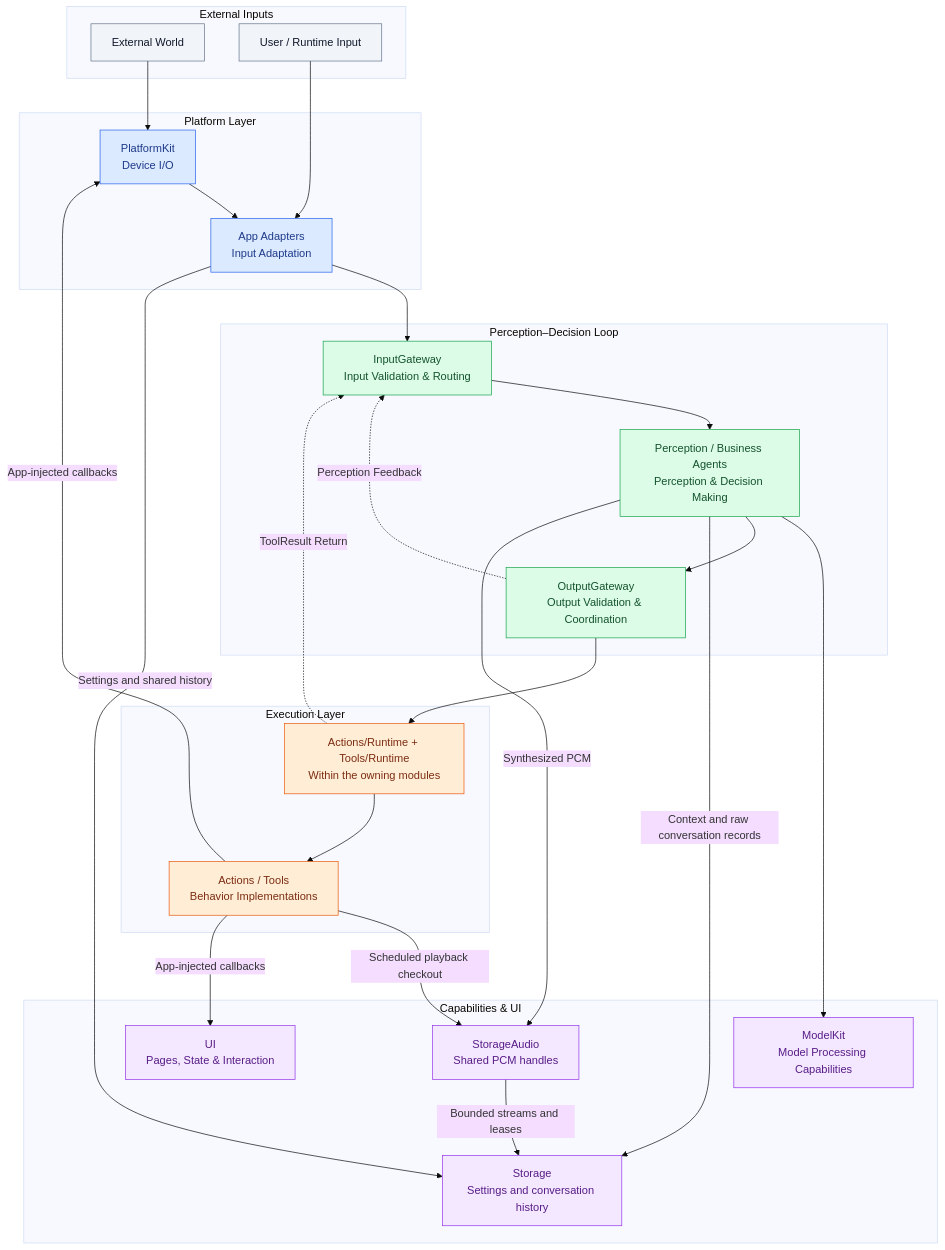
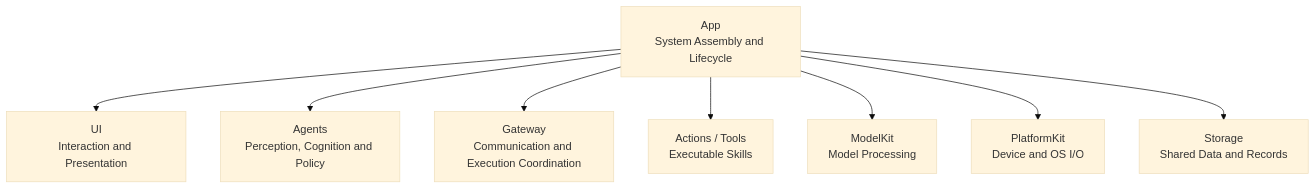
Before and after one commit to devilyouwei/MobileHarness: the first of 8 diagrams in MobileHarness/README.md, drawn with Mermaid (base theme). The commit also changed other lines of this file and 103 other files, not shown here.

Commit message:
Implement action results, resource leases and domain-owned behavior modules

````diff
--- a/MobileHarness/README.md
+++ b/MobileHarness/README.md
@@ -34,60 +50,11 @@
 ```mermaid
 flowchart TB
-    subgraph ExternalLayer["External Inputs"]
-        World["External World"]
-        User["User / Runtime Input"]
-    end
-
-    subgraph PlatformLayer["Platform Layer"]
-        Platform["PlatformKit<br/>Device I/O"]
-        App["App Adapters<br/>Input Adaptation"]
-    end
-
-    subgraph CoreLayer["Perception–Decision Loop"]
-        Input["InputGateway<br/>Input Validation & Routing"]
-        Agents["Perception / Business Agents<br/>Perception & Decision Making"]
-        Output["OutputGateway<br/>Output Validation & Coordination"]
-    end
-
-    subgraph ExecutionLayer["Execution Layer"]
-        Runtime["Actions/Runtime + Tools/Runtime<br/>Within the owning modules"]
-        Functions["Actions / Tools<br/>Behavior Implementations"]
-    end
-
-    subgraph CapabilityLayer["Capabilities & UI"]
-        Models["ModelKit<br/>Model Processing Capabilities"]
-        Storage["Storage<br/>Settings and conversation history"]
-        Audio["StorageAudio<br/>Shared PCM handles"]
-        UI["UI<br/>Pages, State & Interaction"]
-    end
-
-    World --> Platform
-    Platform --> App
-    User --> App
-    App --> Input
-    Input --> Agents
-    Agents --> Models
-    Agents --> Output
-    Output -.->|Perception Feedback| Input
-    Output --> Runtime
-    Runtime --> Functions
-    App -->|Settings and shared history| Storage
-    Agents -->|Context and raw conversation records| Storage
-    Agents -->|Synthesized PCM| Audio
-    Functions -->|Scheduled playback checkout| Audio
-    Audio -->|Bounded streams and leases| Storage
-    Functions -->|App-injected callbacks| Platform
-    Functions -->|App-injected callbacks| UI
-    Runtime -.->|ToolResult Return| Input
-
-    classDef external fill:#F1F5F9,stroke:#64748B,color:#0F172A
-    classDef platform fill:#DBEAFE,stroke:#2563EB,color:#1E3A8A
-    classDef core fill:#DCFCE7,stroke:#16A34A,color:#14532D
-    classDef execution fill:#FFEDD5,stroke:#EA580C,color:#7C2D12
-    classDef capability fill:#F3E8FF,stroke:#9333EA,color:#581C87
-    class World,User external
-    class Platform,App platform
-    class Input,Agents,Output core
-    class Runtime,Functions execution
-    class Models,Storage,Audio,UI capability
+    App["App<br/>System Assembly and Lifecycle"]
+    App --> UI["UI<br/>Interaction and Presentation"]
+    App --> Agents["Agents<br/>Perception, Cognition and Policy"]
+    App --> Gateway["Gateway<br/>Communication and Execution Coordination"]
+    App --> Skills["Actions / Tools<br/>Executable Skills"]
+    App --> ModelKit["ModelKit<br/>Model Processing"]
+    App --> PlatformKit["PlatformKit<br/>Device and OS I/O"]
+    App --> Storage["Storage<br/>Shared Data and Records"]
 ```
````
